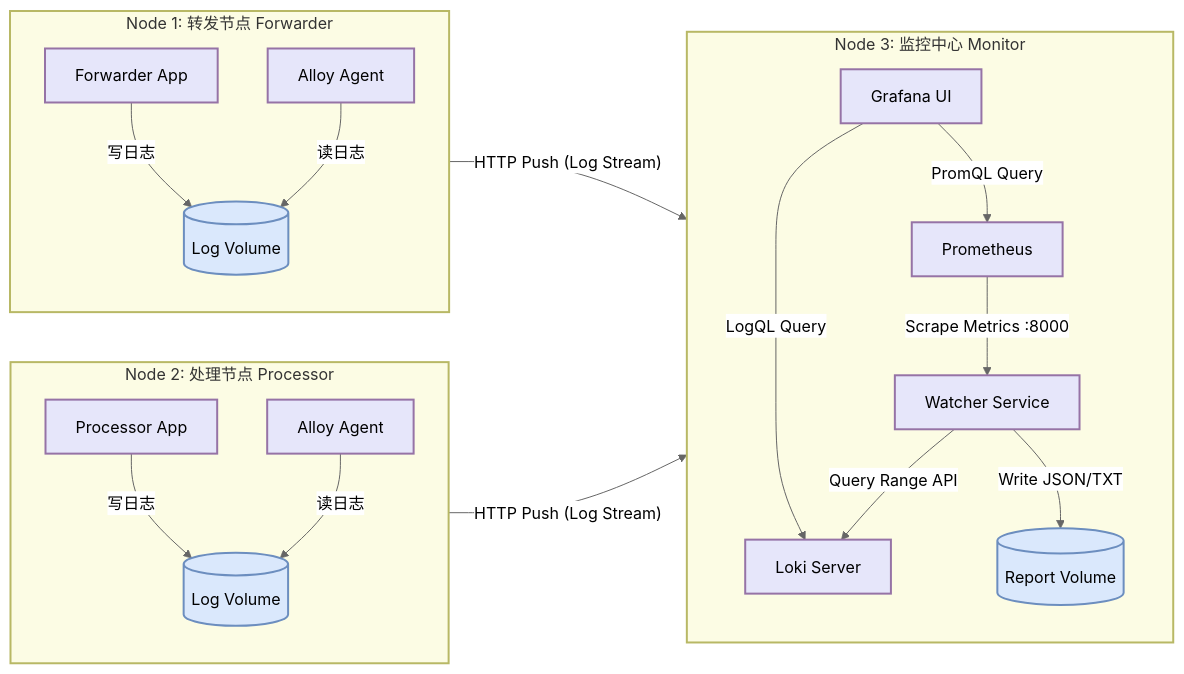
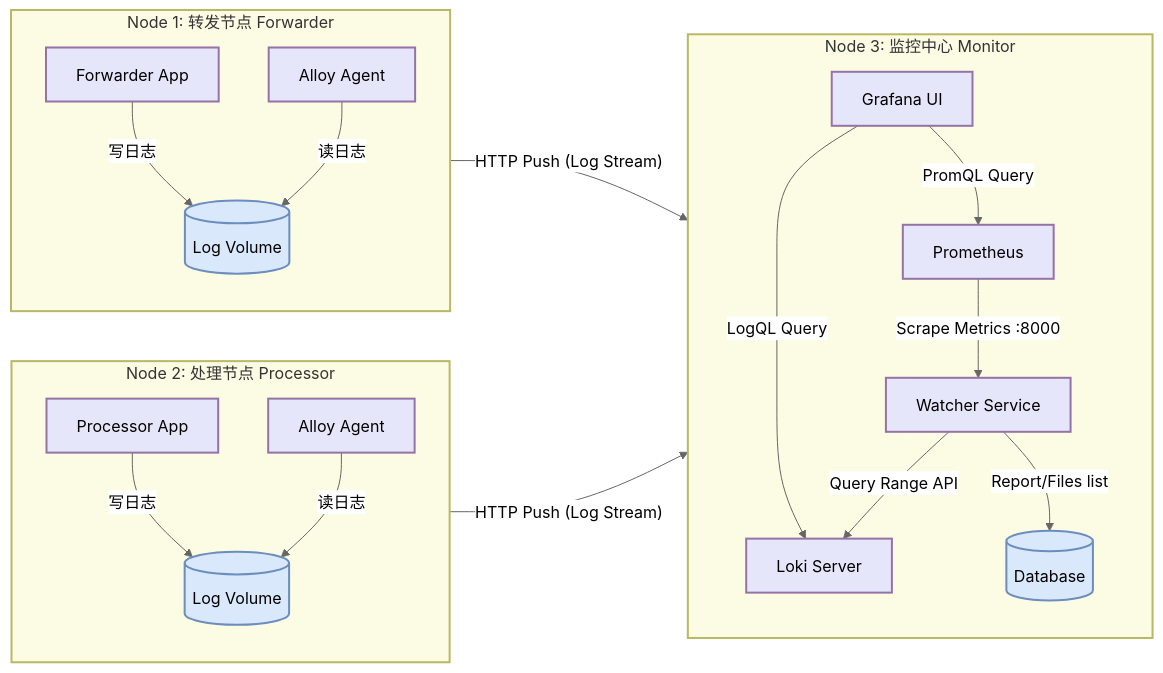
The first of 2 diagrams in README.md (LouisLiuNova/plg-direct-demo), drawn with Mermaid (neutral theme) before and after one commit. The commit also changed other lines of this file, not shown here.

````diff
--- a/README.md
+++ b/README.md
@@ -25,56 +34,56 @@
 ```mermaid
 flowchart LR
     %% 定义样式类
     classDef nodeFill fill:#e6e6fa,stroke:#9673a6,stroke-width:2px,color:#000;
     classDef clusterFill fill:#fcfce4,stroke:#b8b865,stroke-width:2px,color:#333;
     classDef storage fill:#dae8fc,stroke:#6c8ebf,stroke-width:2px,shape:cylinder,color:#000;
     classDef newComponent fill:#d5e8d4,stroke:#82b366,stroke-width:2px,color:#000;
 
     %% Node 3: 监控中心 (扩充了 Watcher 和 Prometheus)
     subgraph Node3 [Node 3: 监控中心 Monitor]
         direction TB
         Grafana[Grafana UI]:::nodeFill
         Loki[Loki Server]:::nodeFill
         Prometheus[Prometheus]:::nodeFill
         Watcher[Watcher Service]:::nodeFill
-        ReportVol[(Report Volume)]:::storage
+        ReportVol[(Database)]:::storage
         
         %% 监控中心内部流向
         Grafana -- "LogQL Query" --> Loki
         Grafana -- "PromQL Query" --> Prometheus
         Prometheus -- "Scrape Metrics :8000" --> Watcher
         Watcher -- "Query Range API" --> Loki
-        Watcher -- "Write JSON/TXT" --> ReportVol
+        Watcher -- "Report/Files list" --> ReportVol
     end
 
     %% Node 2: 处理节点
     subgraph Node2 [Node 2: 处理节点 Processor]
         direction TB
         P_Promtail[Alloy Agent]:::nodeFill
         P_App[Processor App]:::nodeFill
         P_Vol[(Log Volume)]:::storage
         
         P_App -- "写日志" --> P_Vol
         P_Promtail -- "读日志" --> P_Vol
     end
 
     %% Node 1: 转发节点
     subgraph Node1 [Node 1: 转发节点 Forwarder]
         direction TB
         F_Promtail[Alloy Agent]:::nodeFill
         F_App[Forwarder App]:::nodeFill
         F_Vol[(Log Volume)]:::storage
         
         F_App -- "写日志" --> F_Vol
         F_Promtail -- "读日志" --> F_Vol
     end
 
     %% 跨节点连接 (数据流向)
     P_Promtail -- "HTTP Push (Log Stream)" --> Loki
     F_Promtail -- "HTTP Push (Log Stream)" --> Loki
 
     %% 应用样式到子图
     class Node1,Node2,Node3 clusterFill;
 
 
 ```
````
